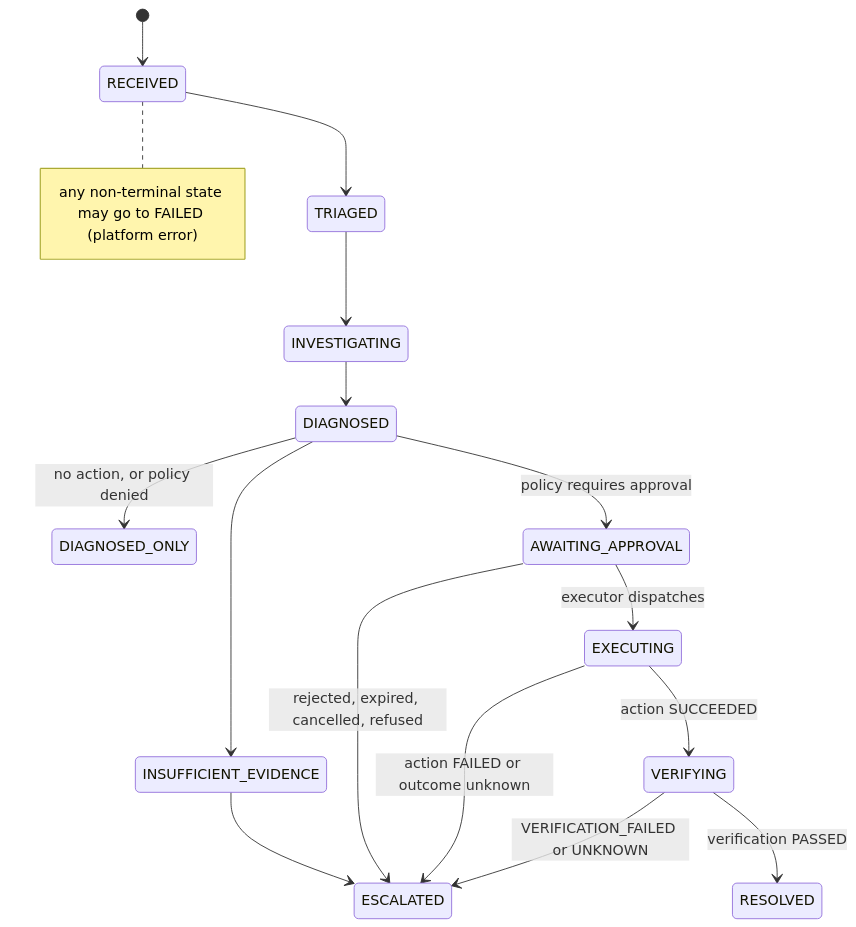
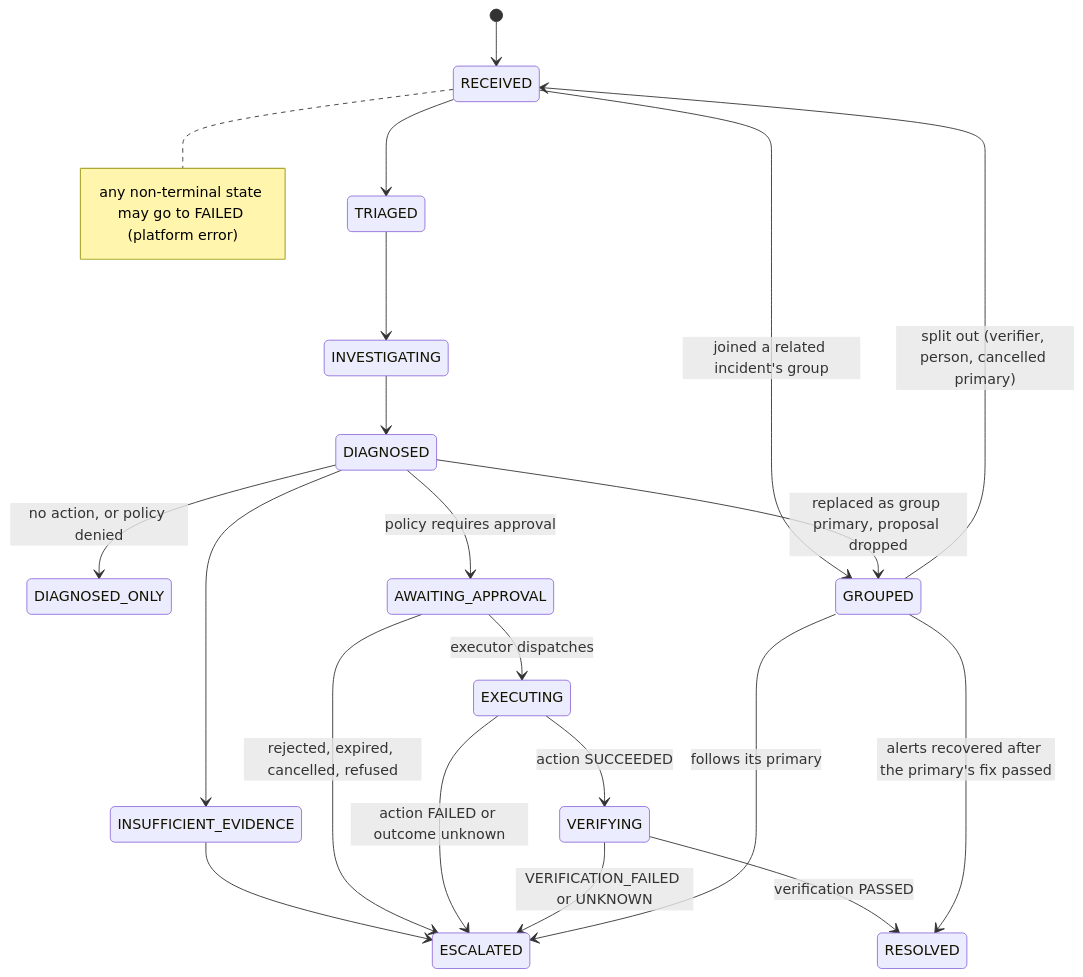
One commit to Bruce-Yu-1203/incidentops changed the first of 2 diagrams in docs/operations/failure-modes.md. Above: the diagram before and after it, drawn with Mermaid. The commit also changed other lines of this file and 12 other files, not shown here.

````diff
--- a/docs/operations/failure-modes.md
+++ b/docs/operations/failure-modes.md
@@ -13,18 +13,23 @@
 ```mermaid
 stateDiagram-v2
   [*] --> RECEIVED
   RECEIVED --> TRIAGED
   TRIAGED --> INVESTIGATING
   INVESTIGATING --> DIAGNOSED
   DIAGNOSED --> DIAGNOSED_ONLY: no action, or policy denied
   DIAGNOSED --> INSUFFICIENT_EVIDENCE
   INSUFFICIENT_EVIDENCE --> ESCALATED
   DIAGNOSED --> AWAITING_APPROVAL: policy requires approval
   AWAITING_APPROVAL --> EXECUTING: executor dispatches
   AWAITING_APPROVAL --> ESCALATED: rejected, expired, cancelled, refused
   EXECUTING --> VERIFYING: action SUCCEEDED
   EXECUTING --> ESCALATED: action FAILED or outcome unknown
   VERIFYING --> RESOLVED: verification PASSED
   VERIFYING --> ESCALATED: VERIFICATION_FAILED or UNKNOWN
+  RECEIVED --> GROUPED: joined a related incident's group
+  DIAGNOSED --> GROUPED: replaced as group primary, proposal dropped
+  GROUPED --> RECEIVED: split out (verifier, person, cancelled primary)
+  GROUPED --> RESOLVED: alerts recovered after the primary's fix passed
+  GROUPED --> ESCALATED: follows its primary
   note right of RECEIVED: any non-terminal state may go to FAILED (platform error)
 ```
````
